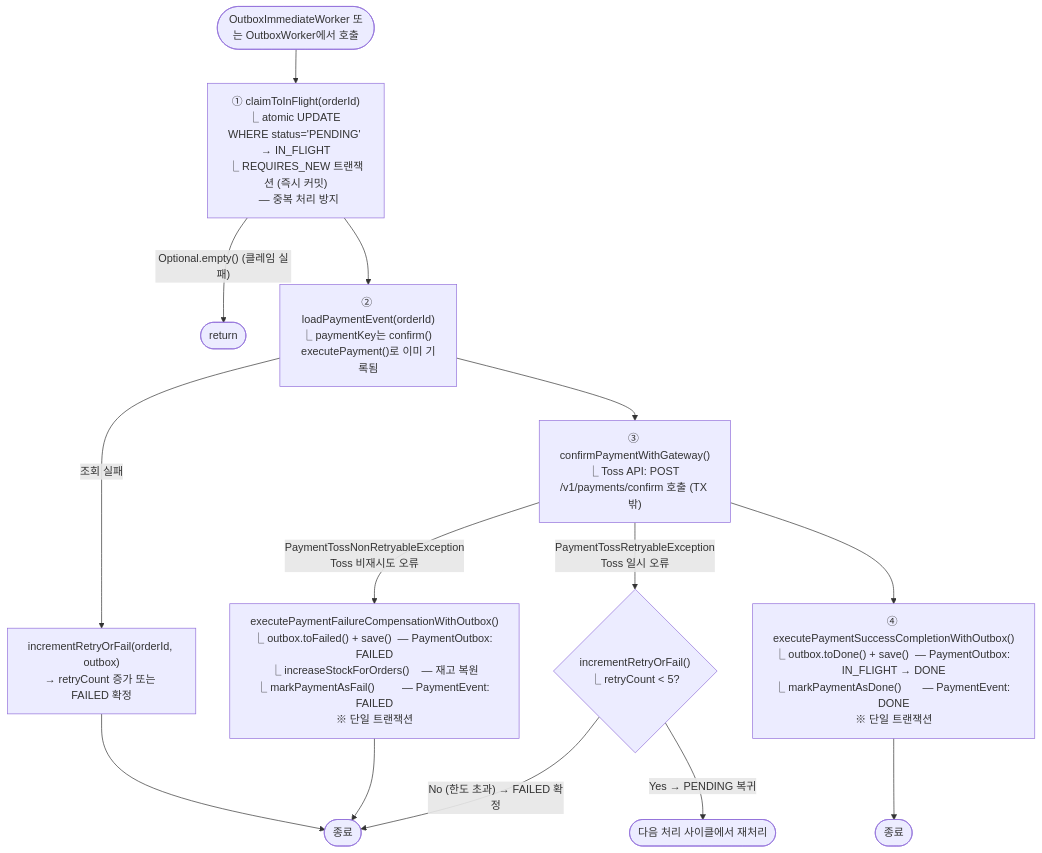
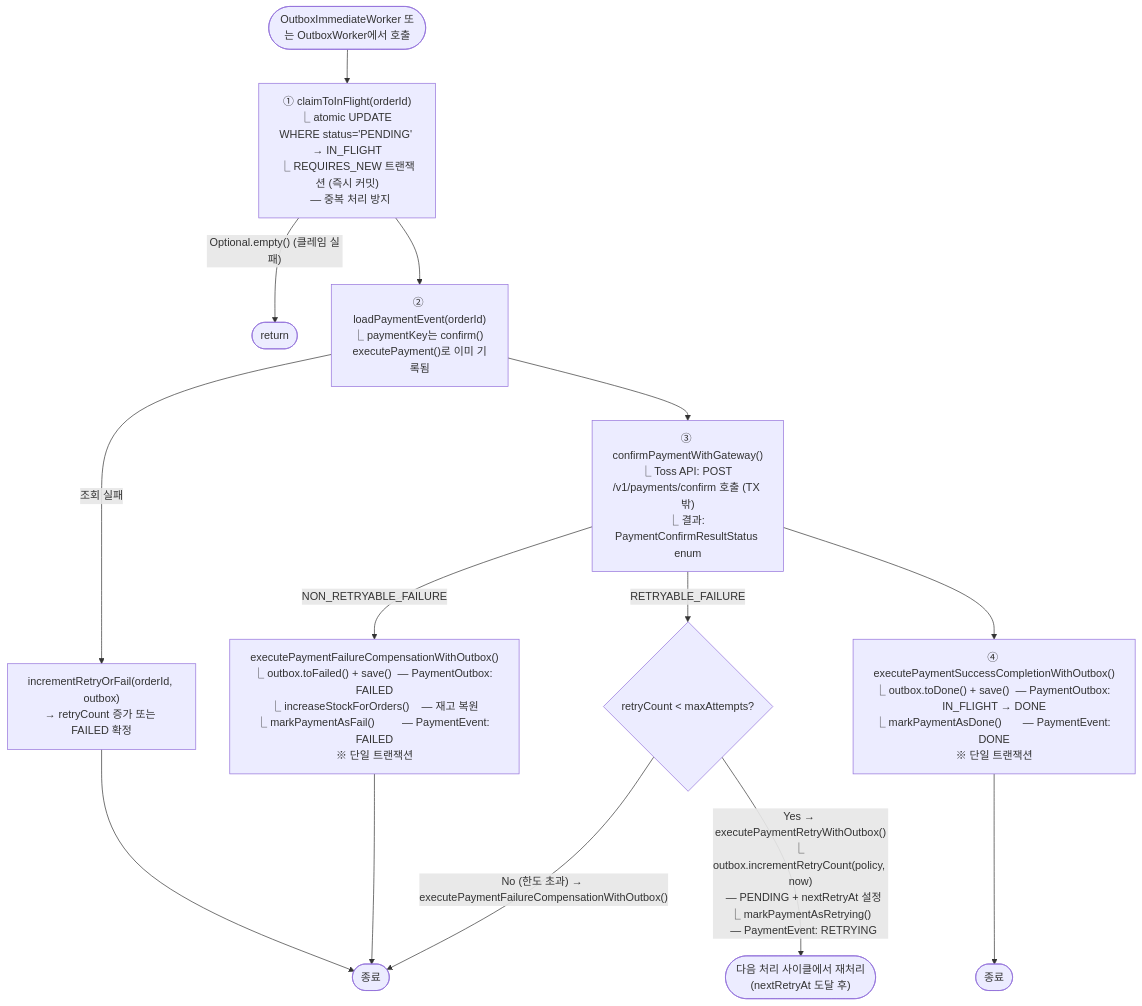
One commit to hyoguoo/payment-platform changed the fourth of 7 diagrams in docs/context/CONFIRM-FLOW-FLOWCHART.md. Above: the diagram before and after it, drawn with Mermaid. The commit also changed other lines of this file and 8 other files, not shown here.

First line of the commit message:
docs: PAYMENT-RETRY-STATE 작업 완료 및 문서 아카이브

````diff
--- a/docs/context/CONFIRM-FLOW-FLOWCHART.md
+++ b/docs/context/CONFIRM-FLOW-FLOWCHART.md
@@ -103,28 +105,28 @@
 ```mermaid
 flowchart TD
     ENTRY(["OutboxImmediateWorker 또는 OutboxWorker에서 호출"]) --> C
 
     C["① claimToInFlight(orderId)\n⎿ atomic UPDATE WHERE status='PENDING' → IN_FLIGHT\n⎿ REQUIRES_NEW 트랜잭션 (즉시 커밋)\n  — 중복 처리 방지"]
     C -->|"Optional.empty() (클레임 실패)"| SKIP([return])
     C --> G
 
     G["② loadPaymentEvent(orderId)\n⎿ paymentKey는 confirm() executePayment()로 이미 기록됨"]
     G -->|조회 실패| G_FAIL
     G_FAIL["incrementRetryOrFail(orderId, outbox)\n→ retryCount 증가 또는 FAILED 확정"]
     G_FAIL --> Z_END([종료])
     G --> F
 
-    F["③ confirmPaymentWithGateway()\n⎿ Toss API: POST /v1/payments/confirm 호출 (TX 밖)"]
-    F -->|PaymentTossNonRetryableException\nToss 비재시도 오류| F_NR
+    F["③ confirmPaymentWithGateway()\n⎿ Toss API: POST /v1/payments/confirm 호출 (TX 밖)\n⎿ 결과: PaymentConfirmResultStatus enum"]
+    F -->|NON_RETRYABLE_FAILURE| F_NR
     F_NR["executePaymentFailureCompensationWithOutbox()\n⎿ outbox.toFailed() + save()  — PaymentOutbox: FAILED\n⎿ increaseStockForOrders()    — 재고 복원\n⎿ markPaymentAsFail()         — PaymentEvent: FAILED\n※ 단일 트랜잭션"]
     F_NR --> Z_END
 
-    F -->|PaymentTossRetryableException\nToss 일시 오류| F_R
-    F_R{"incrementRetryOrFail()\n⎿ retryCount < 5?"}
-    F_R -->|"Yes → PENDING 복귀"| RETRY(["다음 처리 사이클에서 재처리"])
-    F_R -->|"No (한도 초과) → FAILED 확정"| Z_END
+    F -->|RETRYABLE_FAILURE| F_R
+    F_R{"retryCount < maxAttempts?"}
+    F_R -->|"Yes → executePaymentRetryWithOutbox()\n⎿ outbox.incrementRetryCount(policy, now)\n  — PENDING + nextRetryAt 설정\n⎿ markPaymentAsRetrying()\n  — PaymentEvent: RETRYING"| RETRY(["다음 처리 사이클에서 재처리\n(nextRetryAt 도달 후)"])
+    F_R -->|"No (한도 초과) → executePaymentFailureCompensationWithOutbox()"| Z_END
 
     F --> E
     E["④ executePaymentSuccessCompletionWithOutbox()\n⎿ outbox.toDone() + save()  — PaymentOutbox: IN_FLIGHT → DONE\n⎿ markPaymentAsDone()       — PaymentEvent: DONE\n※ 단일 트랜잭션"]
     E --> Z_OK([종료])
 ```
````
